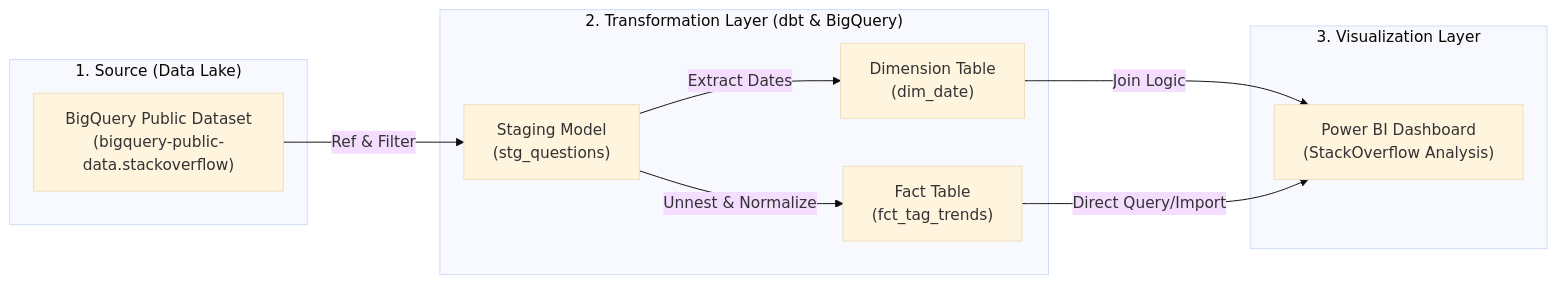
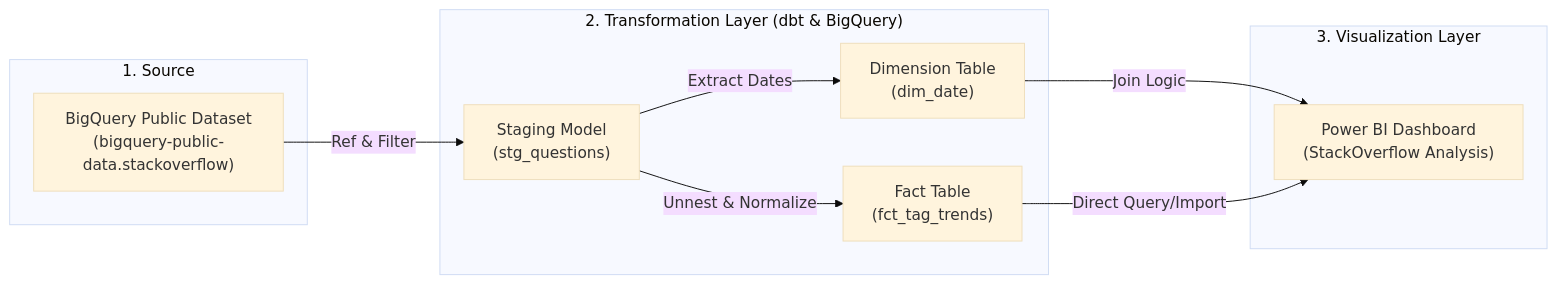
The diagram in workflow.md (arunkumarm-git/stackoverflow-trends), drawn with Mermaid (base theme) before and after one commit.

````diff
--- a/workflow.md
+++ b/workflow.md
@@ -1,22 +1,22 @@
 ```mermaid
 graph LR
-    subgraph "1. Source (Data Lake)"
+    subgraph "1. Source"
         A["BigQuery Public Dataset<br/>(bigquery-public-data.stackoverflow)"]
     end
 
     subgraph "2. Transformation Layer (dbt & BigQuery)"
         B["Staging Model<br/>(stg_questions)"]
         C["Dimension Table<br/>(dim_date)"]
         D["Fact Table<br/>(fct_tag_trends)"]
     end
 
     subgraph "3. Visualization Layer"
         E["Power BI Dashboard<br/>(StackOverflow Analysis)"]
     end
 
     A -->|Ref & Filter| B
     B -->|Extract Dates| C
     B -->|Unnest & Normalize| D
     C -->|Join Logic| E
     D -->|Direct Query/Import| E
 ```
````
